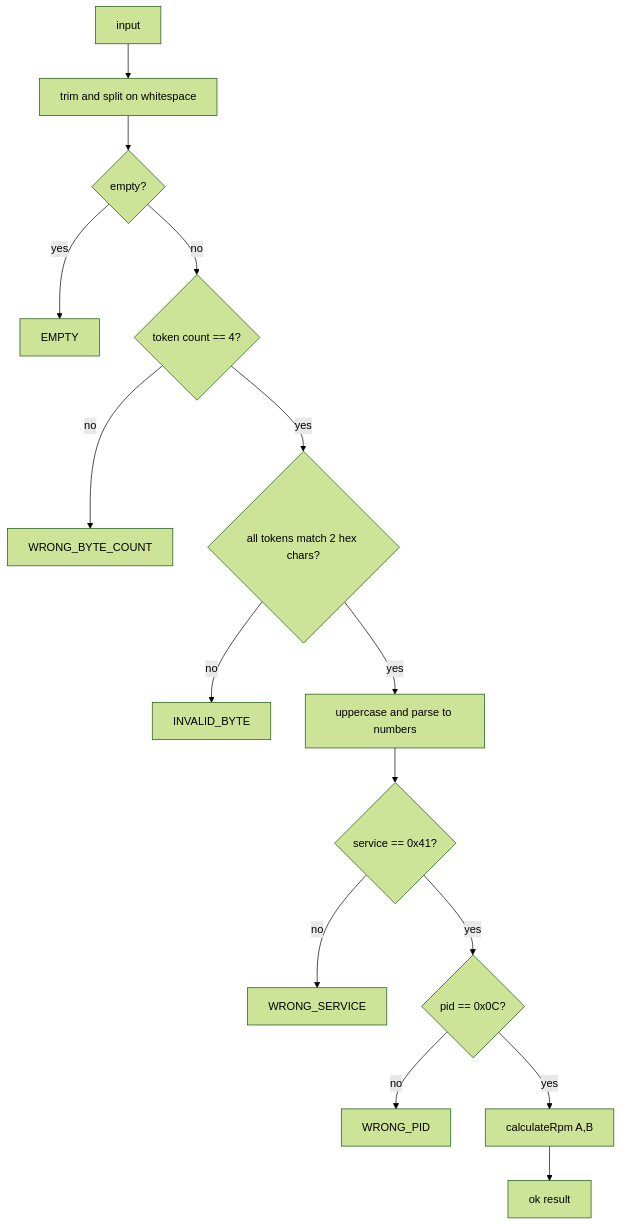
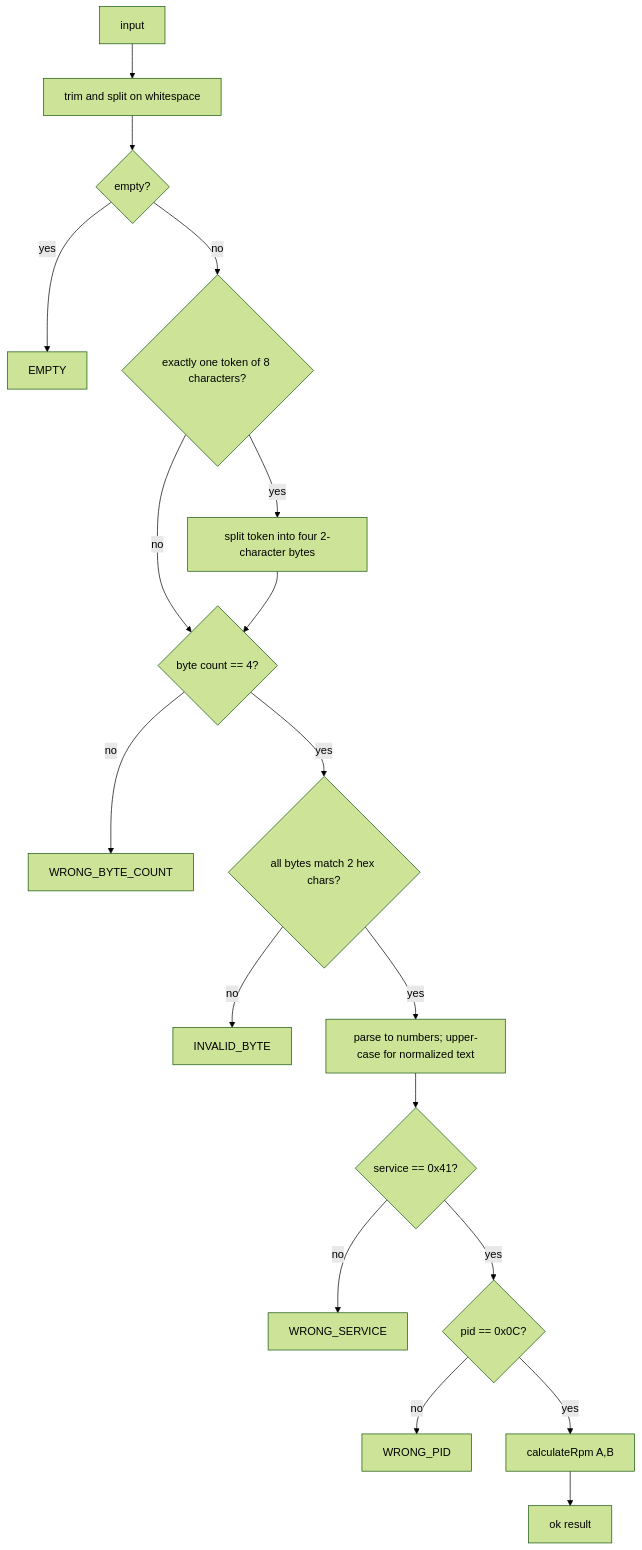
Before and after one commit to ShivaniSwadi/github_deep_dive: the third of 5 diagrams in docs/swdd.md, drawn with Mermaid (forest theme). The commit also changed other lines of this file and 10 other files, not shown here.

````diff
--- a/docs/swdd.md
+++ b/docs/swdd.md
@@ -151,17 +157,20 @@
 ```mermaid
 flowchart TD
     A[input] --> B[trim and split on whitespace]
     B --> C{empty?}
     C -- yes --> E1[EMPTY]
-    C -- no --> D{token count == 4?}
+    C -- no --> B2{exactly one token of 8 characters?}
+    B2 -- yes --> B3[split token into four 2-character bytes]
+    B2 -- no --> D
+    B3 --> D{byte count == 4?}
     D -- no --> E2[WRONG_BYTE_COUNT]
-    D -- yes --> F{all tokens match 2 hex chars?}
+    D -- yes --> F{all bytes match 2 hex chars?}
     F -- no --> E3[INVALID_BYTE]
-    F -- yes --> G[uppercase and parse to numbers]
+    F -- yes --> G[parse to numbers; upper-case for normalized text]
     G --> H{service == 0x41?}
     H -- no --> E4[WRONG_SERVICE]
     H -- yes --> I{pid == 0x0C?}
     I -- no --> E5[WRONG_PID]
     I -- yes --> J[calculateRpm A,B]
     J --> K[ok result]
 ```
````
